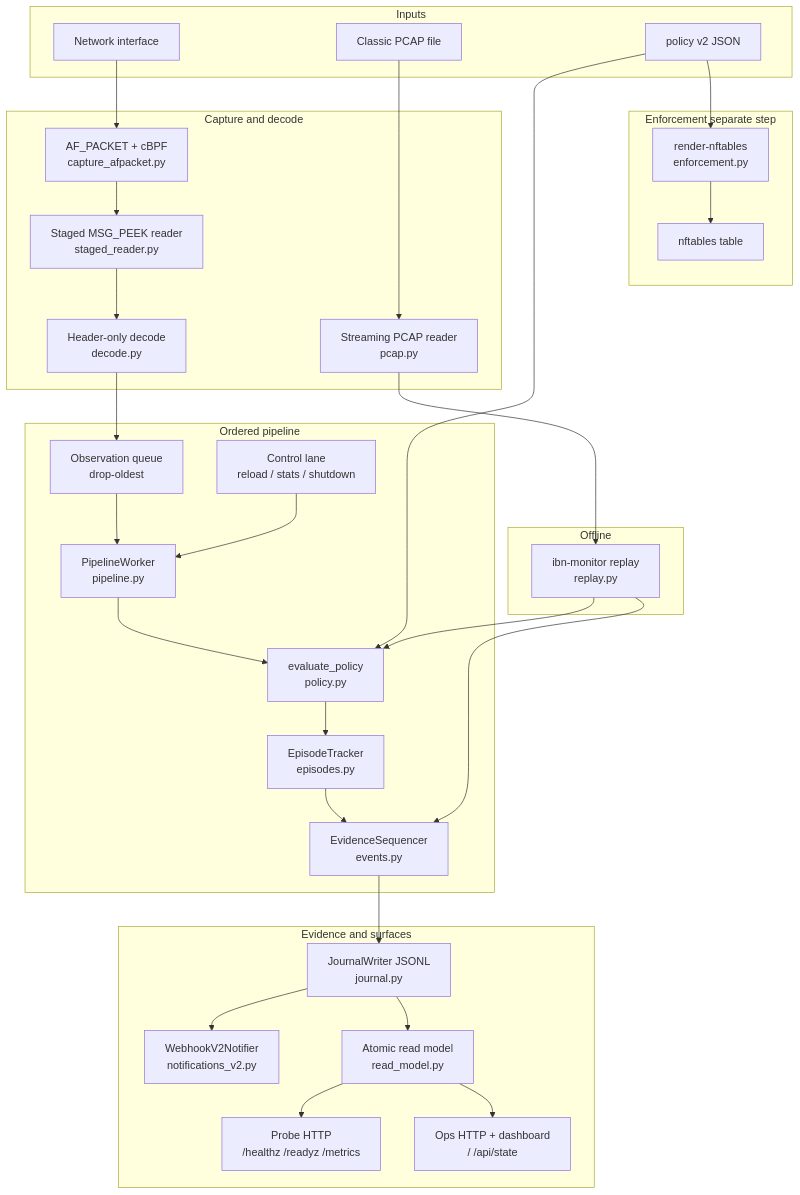
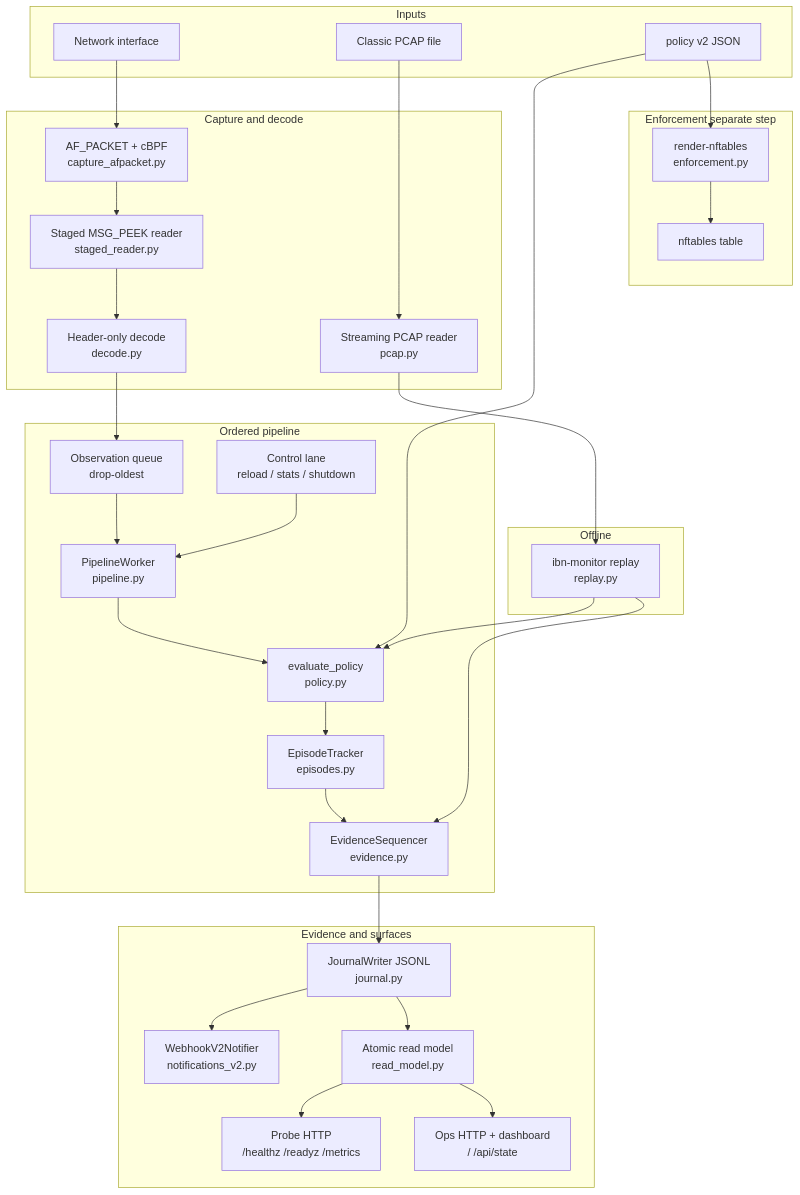
The diagram in README.md (Ovotron-net/vigilant-chainsaw), drawn with Mermaid before and after one commit. The commit also changed other lines of this file and 28 other files, not shown here.

````diff
--- a/README.md
+++ b/README.md
@@ -92,57 +85,57 @@
 ```mermaid
 flowchart TD
     subgraph inputs [Inputs]
         NIC[Network interface]
         PCAP[Classic PCAP file]
         POLCFG[policy v2 JSON]
     end
 
     subgraph capture [Capture and decode]
         AFP[AF_PACKET + cBPF<br/>capture_afpacket.py]
         STG[Staged MSG_PEEK reader<br/>staged_reader.py]
         DEC[Header-only decode<br/>decode.py]
         PCP[Streaming PCAP reader<br/>pcap.py]
     end
 
     subgraph pipeline [Ordered pipeline]
         OQ[Observation queue<br/>drop-oldest]
         CTL[Control lane<br/>reload / stats / shutdown]
         WORK[PipelineWorker<br/>pipeline.py]
         MATCH[evaluate_policy<br/>policy.py]
         EP[EpisodeTracker<br/>episodes.py]
-        SEQ[EvidenceSequencer<br/>events.py]
+        SEQ[EvidenceSequencer<br/>evidence.py]
     end
 
     subgraph outputs [Evidence and surfaces]
         JRN[JournalWriter JSONL<br/>journal.py]
         WH[WebhookV2Notifier<br/>notifications_v2.py]
         RM[Atomic read model<br/>read_model.py]
         PROBE[Probe HTTP<br/>/healthz /readyz /metrics]
         OPS[Ops HTTP + dashboard<br/>/ /api/state]
     end
 
     subgraph offline [Offline]
         RPL[ibn-monitor replay<br/>replay.py]
     end
 
     subgraph enforce [Enforcement separate step]
         RNF[render-nftables<br/>enforcement.py]
         NFT[nftables table]
     end
 
     NIC --> AFP --> STG --> DEC --> OQ
     PCAP --> PCP --> RPL
     RPL --> MATCH
     POLCFG --> MATCH
     POLCFG --> RNF
     OQ --> WORK
     CTL --> WORK
     WORK --> MATCH --> EP --> SEQ
     SEQ --> JRN
     JRN --> WH
     JRN --> RM
     RM --> PROBE
     RM --> OPS
     RNF --> NFT
     RPL --> SEQ
 ```
````
